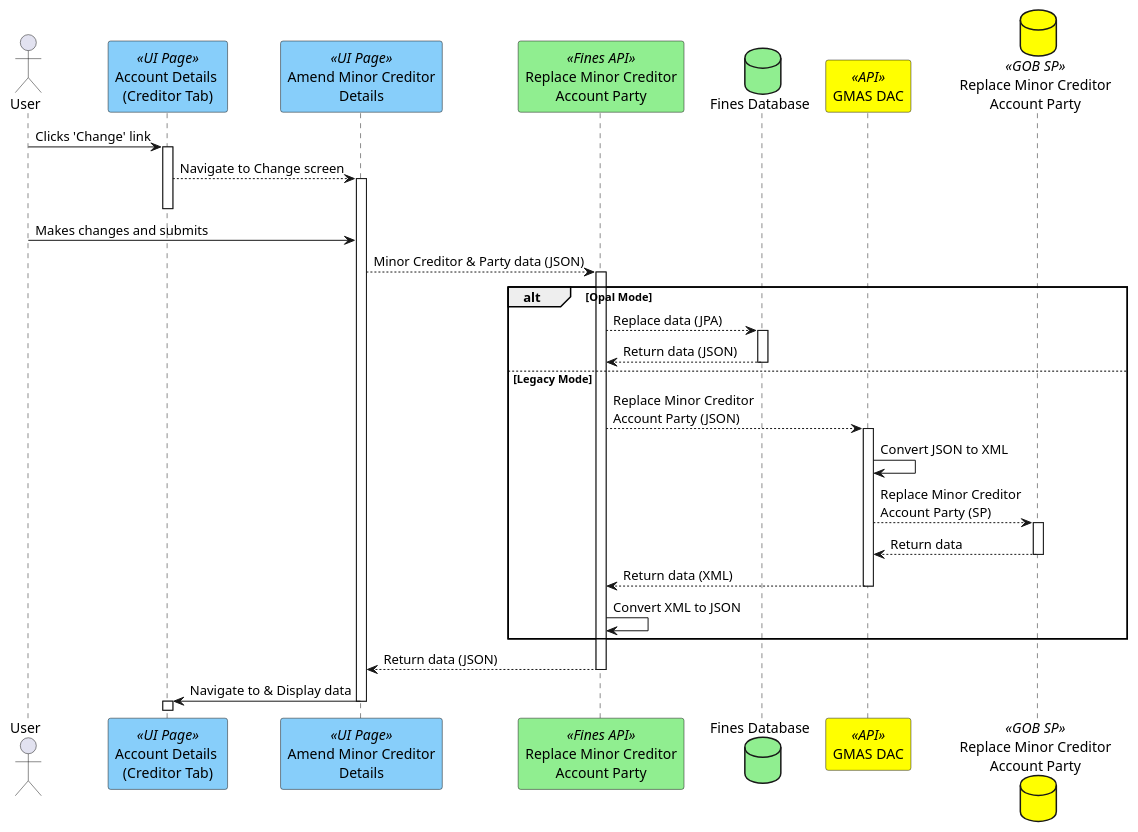
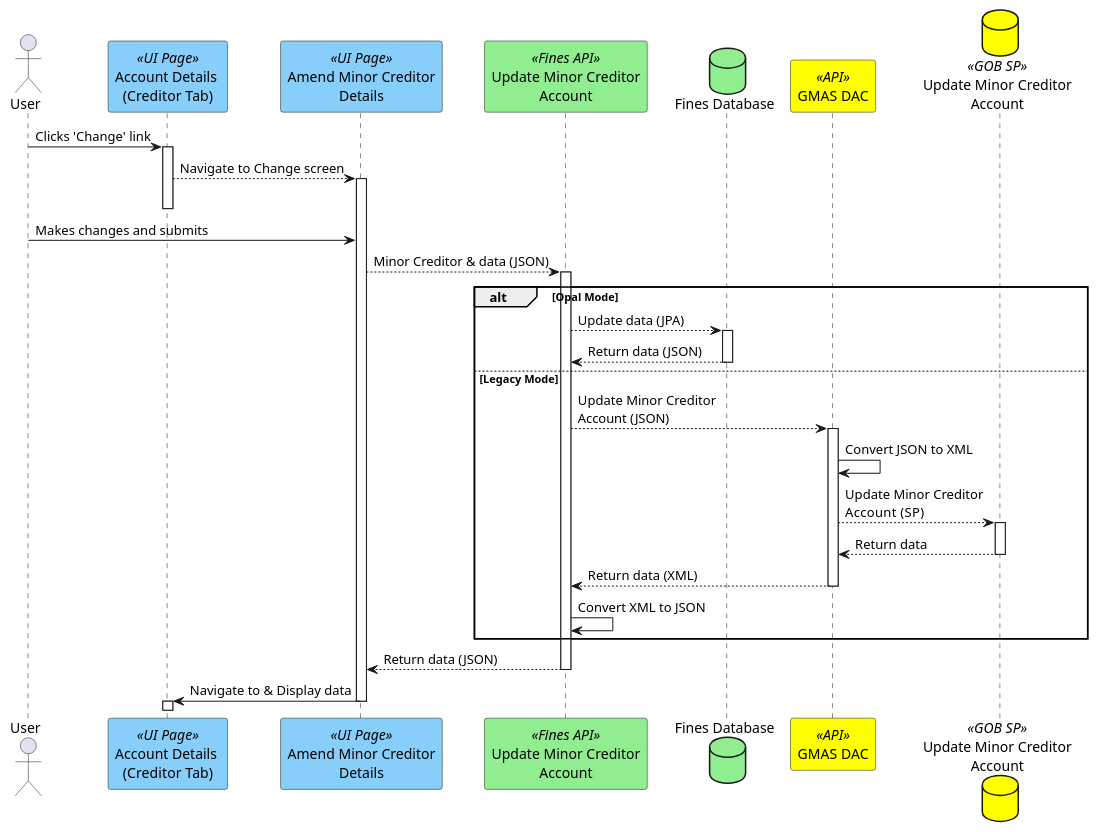
Before and after one commit to hmcts/opal-docs: the diagram in plantUML/fae-view-amend-minor creditor/fae-amend-minor-creditor.puml, drawn with PlantUML. The commit also changed 3 other files, not shown here.

Commit message:
View and amend Minor creditor

```diff
--- a/plantUML/fae-view-amend-minor creditor/fae-amend-minor-creditor.puml
+++ b/plantUML/fae-view-amend-minor creditor/fae-amend-minor-creditor.puml
@@ -1,28 +1,28 @@
 @startuml
 actor User
 participant "Account Details \n(Creditor Tab)" as viewScreen <<UI Page>> #lightskyblue
 participant "Amend Minor Creditor\nDetails" as changeScreen <<UI Page>> #lightskyblue
-participant "Replace Minor Creditor\nAccount Party" as putapi <<Fines API>> #lightgreen
+participant "Update Minor Creditor\nAccount" as putapi <<Fines API>> #lightgreen
 database "Fines Database" as db #lightgreen
 participant "GMAS DAC" as gmasdac <<API>> #yellow
-database "Replace Minor Creditor\nAccount Party" as dblegacy <<GOB SP>> #yellow
+database "Update Minor Creditor\nAccount" as dblegacy <<GOB SP>> #yellow
 
 User -> viewScreen ++ : Clicks 'Change' link
 viewScreen --> changeScreen ++--: Navigate to Change screen
 User -> changeScreen : Makes changes and submits
-changeScreen --> putapi ++ : Minor Creditor & Party data (JSON)
+changeScreen --> putapi ++ : Minor Creditor & data (JSON)
 alt Opal Mode
-putapi --> db ++ : Replace data (JPA)
+putapi --> db ++ : Update data (JPA)
 db --> putapi -- : Return data (JSON)
 else Legacy Mode
-putapi --> gmasdac ++ : Replace Minor Creditor\nAccount Party (JSON)
+putapi --> gmasdac ++ : Update Minor Creditor\nAccount (JSON)
 gmasdac -> gmasdac: Convert JSON to XML
-gmasdac --> dblegacy ++ : Replace Minor Creditor\nAccount Party (SP)
+gmasdac --> dblegacy ++ : Update Minor Creditor\nAccount  (SP)
 dblegacy --> gmasdac -- : Return data
 gmasdac --> putapi -- : Return data (XML)
 putapi -> putapi : Convert XML to JSON
 end
 putapi --> changeScreen --: Return data (JSON)
 changeScreen -> viewScreen --++: Navigate to & Display data
 putapi --
 @enduml
```
